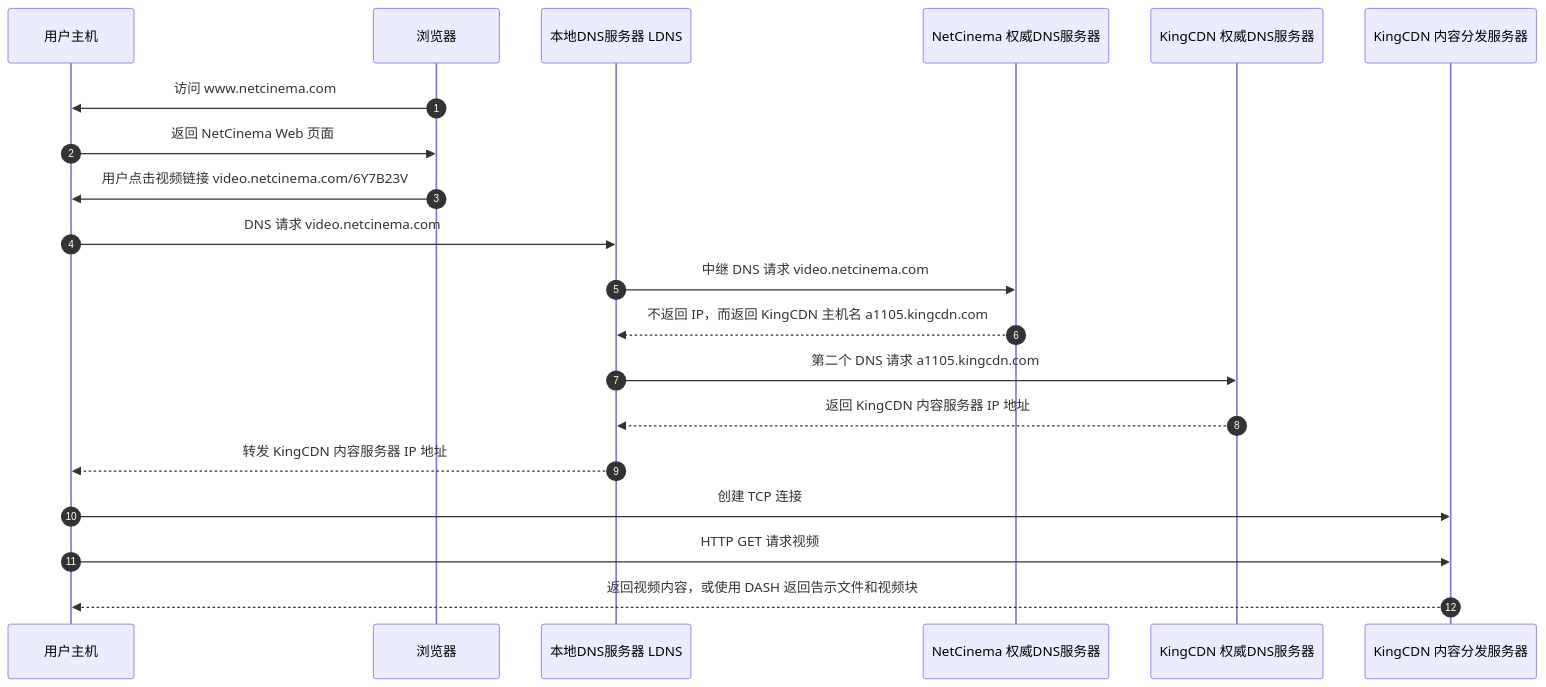
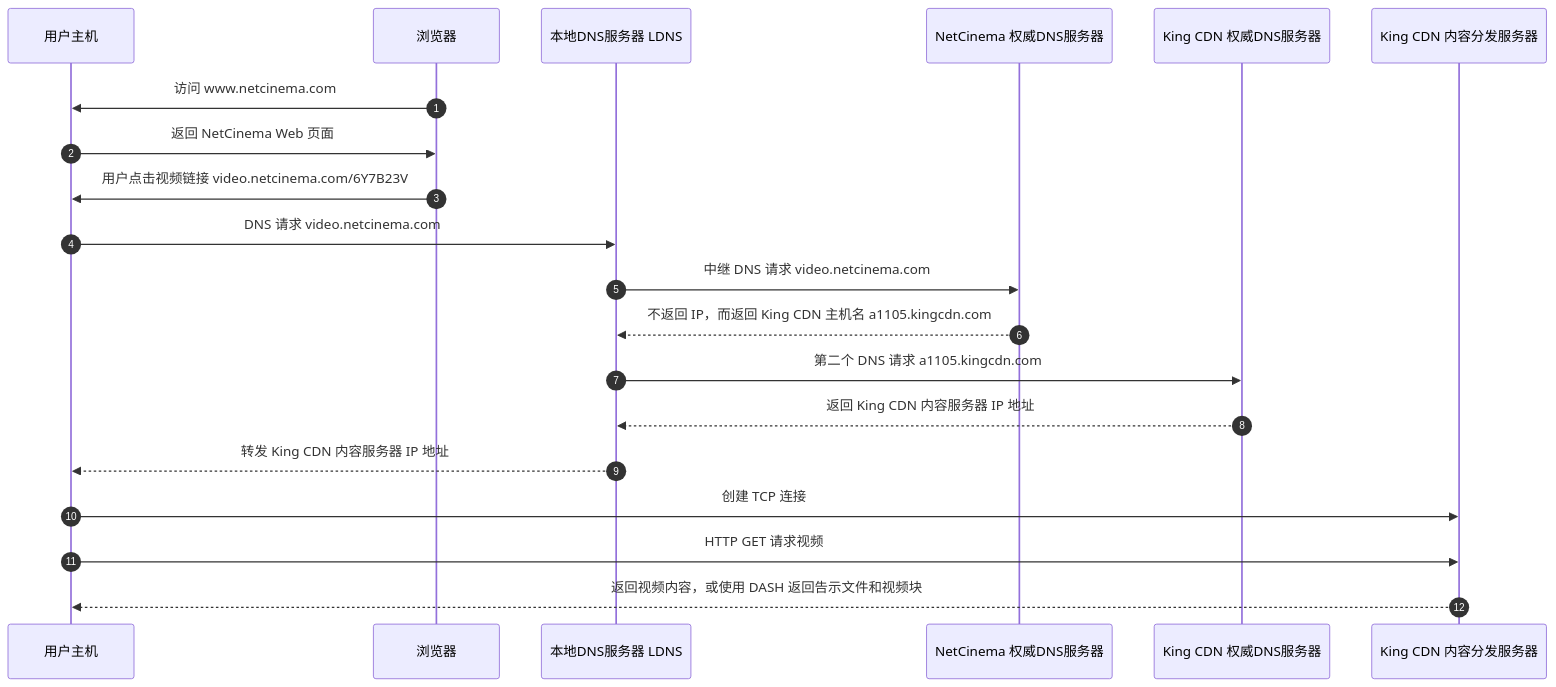
Before and after one commit to Meer-Matze/Meer-Matze.github.io: diagram 21 of 25 in src/content/posts/应用层.md, drawn with Mermaid. The commit also changed other lines of this file and 1 other file, not shown here.

````diff
--- a/src/content/posts/应用层.md
+++ b/src/content/posts/应用层.md
@@ -3913,23 +3529,23 @@
 ```mermaid
 sequenceDiagram
   autonumber
   participant U as 用户主机
   participant B as 浏览器
   participant L as 本地DNS服务器 LDNS
   participant N as NetCinema 权威DNS服务器
-  participant K as KingCDN 权威DNS服务器
-  participant C as KingCDN 内容分发服务器
+  participant K as King CDN 权威DNS服务器
+  participant C as King CDN 内容分发服务器
 
   B->>U: 访问 www.netcinema.com
   U->>B: 返回 NetCinema Web 页面
   B->>U: 用户点击视频链接 video.netcinema.com/6Y7B23V
   U->>L: DNS 请求 video.netcinema.com
   L->>N: 中继 DNS 请求 video.netcinema.com
-  N-->>L: 不返回 IP，而返回 KingCDN 主机名 a1105.kingcdn.com
+  N-->>L: 不返回 IP，而返回 King CDN 主机名 a1105.kingcdn.com
   L->>K: 第二个 DNS 请求 a1105.kingcdn.com
-  K-->>L: 返回 KingCDN 内容服务器 IP 地址
-  L-->>U: 转发 KingCDN 内容服务器 IP 地址
+  K-->>L: 返回 King CDN 内容服务器 IP 地址
+  L-->>U: 转发 King CDN 内容服务器 IP 地址
   U->>C: 创建 TCP 连接
   U->>C: HTTP GET 请求视频
   C-->>U: 返回视频内容，或使用 DASH 返回告示文件和视频块
 ```
````
